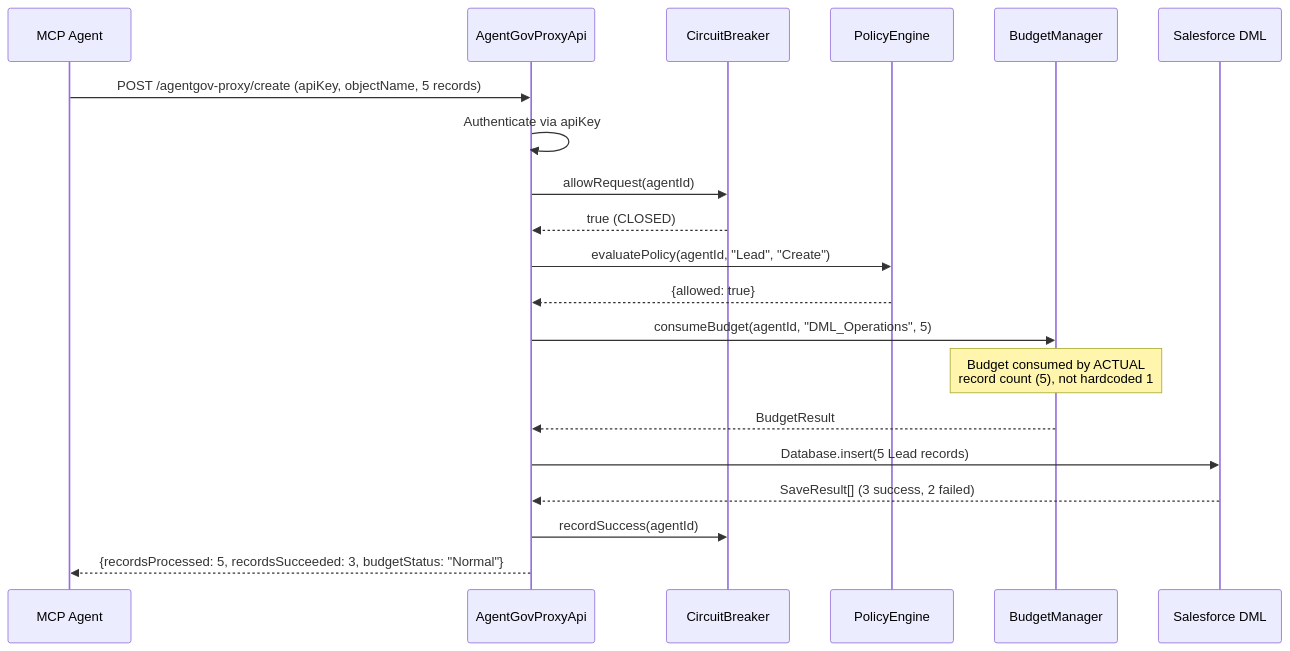
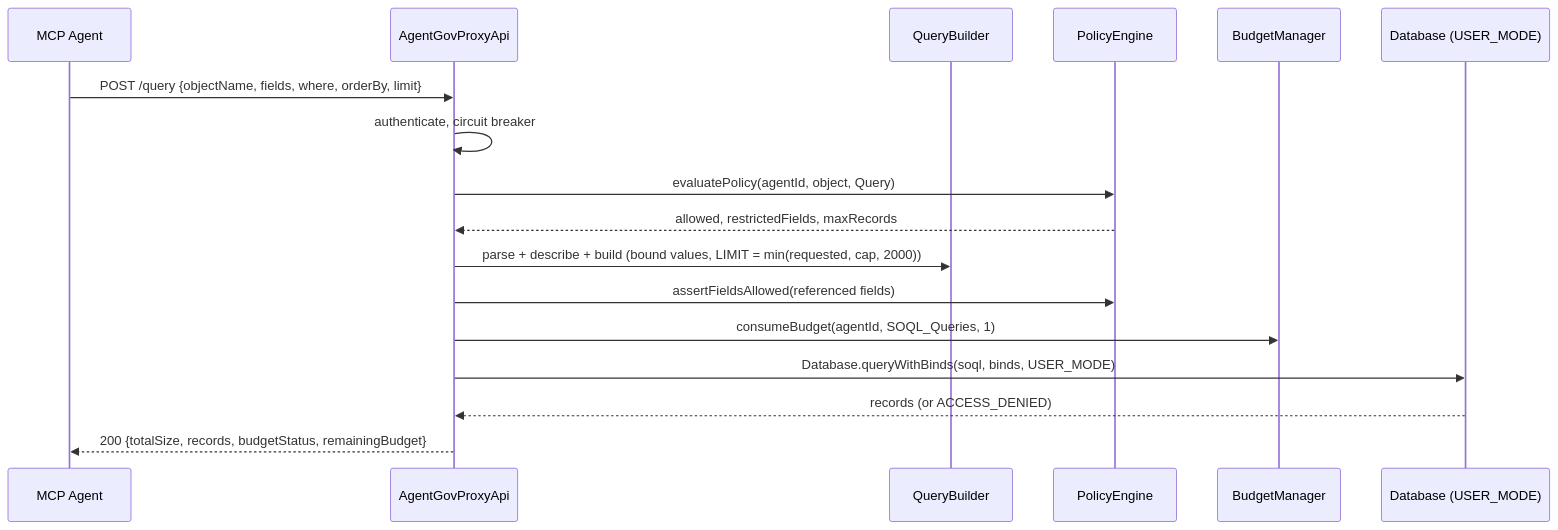
The fifth of 6 diagrams in docs/architecture.md (himanshupalerwal/salesforce-agent-governance), drawn with Mermaid before and after one commit. The commit also changed other lines of this file and 19 other files, not shown here.

````diff
--- a/docs/architecture.md
+++ b/docs/architecture.md
@@ -323,23 +329,20 @@
 ```mermaid
 sequenceDiagram
     participant Agent as MCP Agent
     participant PROXY as AgentGovProxyApi
-    participant CB as CircuitBreaker
+    participant QB as QueryBuilder
     participant PE as PolicyEngine
     participant BM as BudgetManager
-    participant SF as Salesforce DML
+    participant SF as Database (USER_MODE)
 
-    Agent->>PROXY: POST /agentgov-proxy/create (apiKey, objectName, 5 records)
-    PROXY->>PROXY: Authenticate via apiKey
-    PROXY->>CB: allowRequest(agentId)
-    CB-->>PROXY: true (CLOSED)
-    PROXY->>PE: evaluatePolicy(agentId, "Lead", "Create")
-    PE-->>PROXY: {allowed: true}
-    PROXY->>BM: consumeBudget(agentId, "DML_Operations", 5)
-    Note over BM: Budget consumed by ACTUAL<br/>record count (5), not hardcoded 1
-    BM-->>PROXY: BudgetResult
-    PROXY->>SF: Database.insert(5 Lead records)
-    SF-->>PROXY: SaveResult[] (3 success, 2 failed)
-    PROXY->>CB: recordSuccess(agentId)
-    PROXY-->>Agent: {recordsProcessed: 5, recordsSucceeded: 3, budgetStatus: "Normal"}
+    Agent->>PROXY: POST /query {objectName, fields, where, orderBy, limit}
+    PROXY->>PROXY: authenticate, circuit breaker
+    PROXY->>PE: evaluatePolicy(agentId, object, Query)
+    PE-->>PROXY: allowed, restrictedFields, maxRecords
+    PROXY->>QB: parse + describe + build (bound values, LIMIT = min(requested, cap, 2000))
+    PROXY->>PE: assertFieldsAllowed(referenced fields)
+    PROXY->>BM: consumeBudget(agentId, SOQL_Queries, 1)
+    PROXY->>SF: Database.queryWithBinds(soql, binds, USER_MODE)
+    SF-->>PROXY: records (or ACCESS_DENIED)
+    PROXY-->>Agent: 200 {totalSize, records, budgetStatus, remainingBudget}
 ```
````
